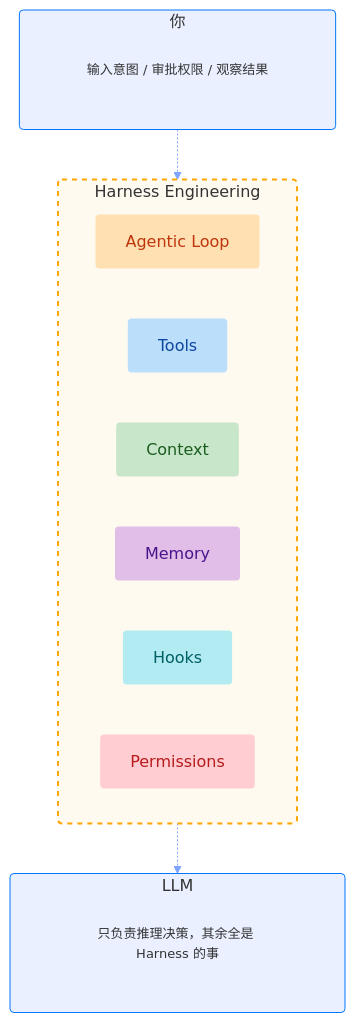
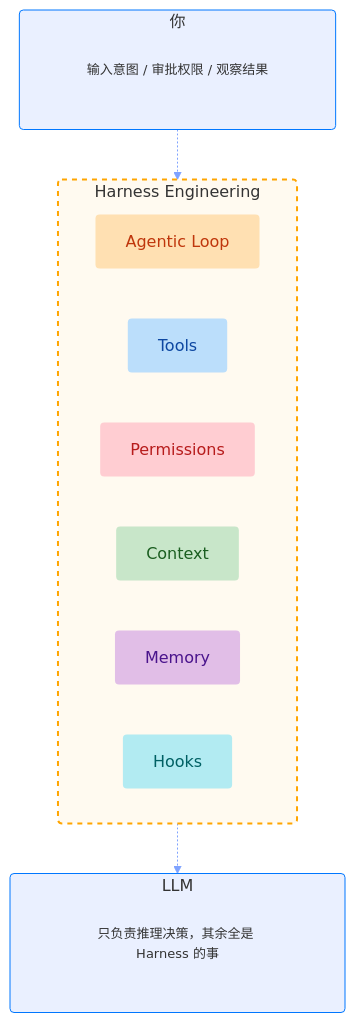
One commit to youngluo/thinking changed the first of 3 diagrams in apps/docs/experiences/Agent/Harness.md. Above: the diagram before and after it, drawn with Mermaid. The commit also changed other lines of this file, not shown here.

````diff
--- a/apps/docs/experiences/Agent/Harness.md
+++ b/apps/docs/experiences/Agent/Harness.md
@@ -9,38 +13,38 @@
 ```mermaid
 %%{init: {'themeVariables': {'lineColor': '#7fa3ff'}}}%%
 graph TD
     subgraph U ["你"]
         A1["输入意图 / 审批权限 / 观察结果"]
     end
 
     subgraph H ["Harness Engineering"]
         B1["Agentic Loop"]
         B2["Tools"]
+        B6["Permissions"]
         B3["Context"]
         B4["Memory"]
         B5["Hooks"]
-        B6["Permissions"]
     end
 
     subgraph L ["LLM"]
         C1["只负责推理决策，其余全是 Harness 的事"]
     end
 
     U -.-> H
     H -.-> L
 
     style U fill:#7fa3ff29,stroke:#07f,stroke-width:1px,rx:4,ry:4
     style H fill:#fffaf0,stroke:#ffa500,stroke-width:2px,stroke-dasharray:5,5,rx:4,ry:4
     style L fill:#7fa3ff29,stroke:#07f,stroke-width:1px,rx:4,ry:4
     style B1 fill:#ffe0b2,stroke:none,color:#bf360c,rx:4,ry:4
     style B2 fill:#bbdefb,stroke:none,color:#0d47a1,rx:4,ry:4
     style B3 fill:#c8e6c9,stroke:none,color:#1b5e20,rx:4,ry:4
     style B4 fill:#e1bee7,stroke:none,color:#4a148c,rx:4,ry:4
     style B5 fill:#b2ebf2,stroke:none,color:#006064,rx:4,ry:4
     style B6 fill:#ffcdd2,stroke:none,color:#b71c1c,rx:4,ry:4
 
     classDef note fill:none,stroke:none,color:#333,font-size:13px
 
     class A1 note;
     class C1 note;
 ```
````
